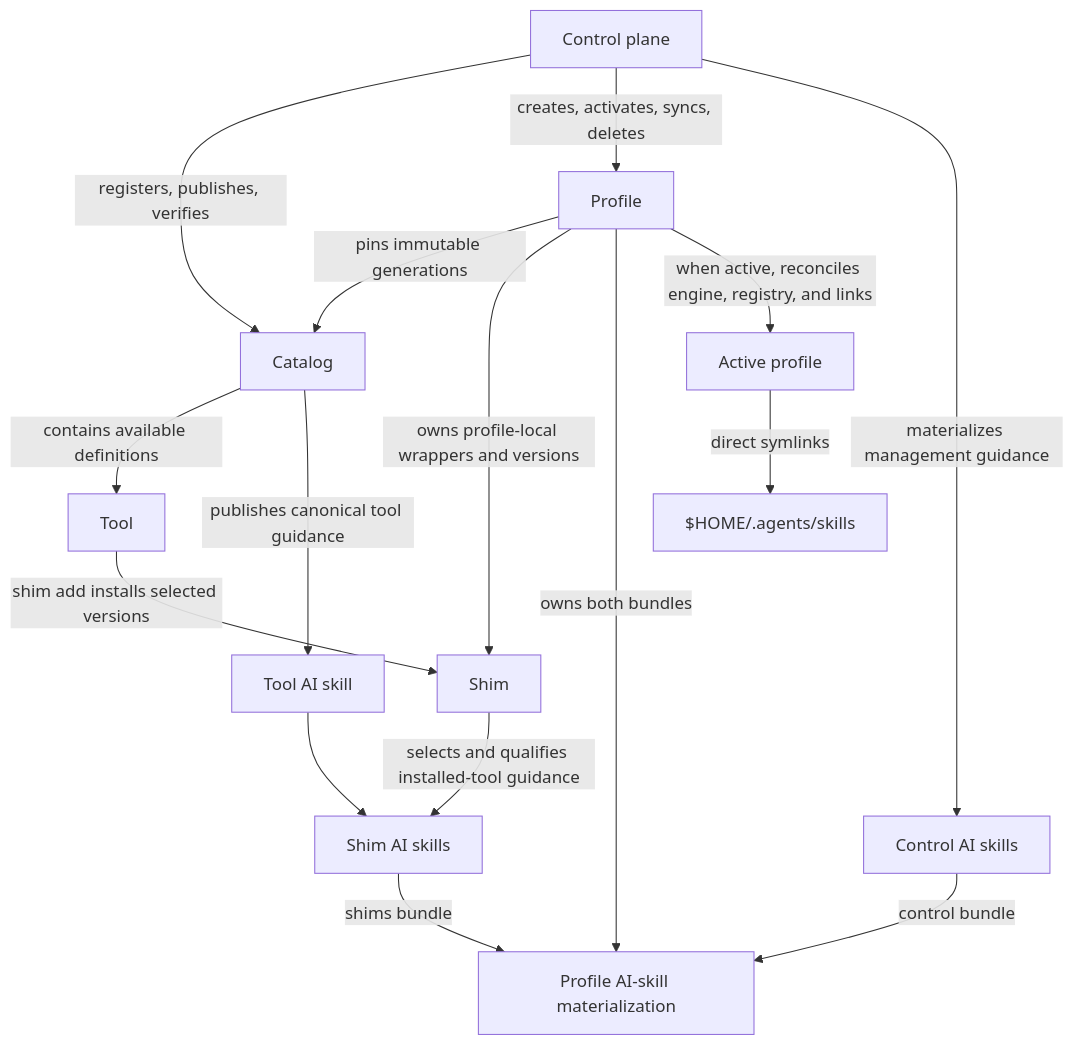
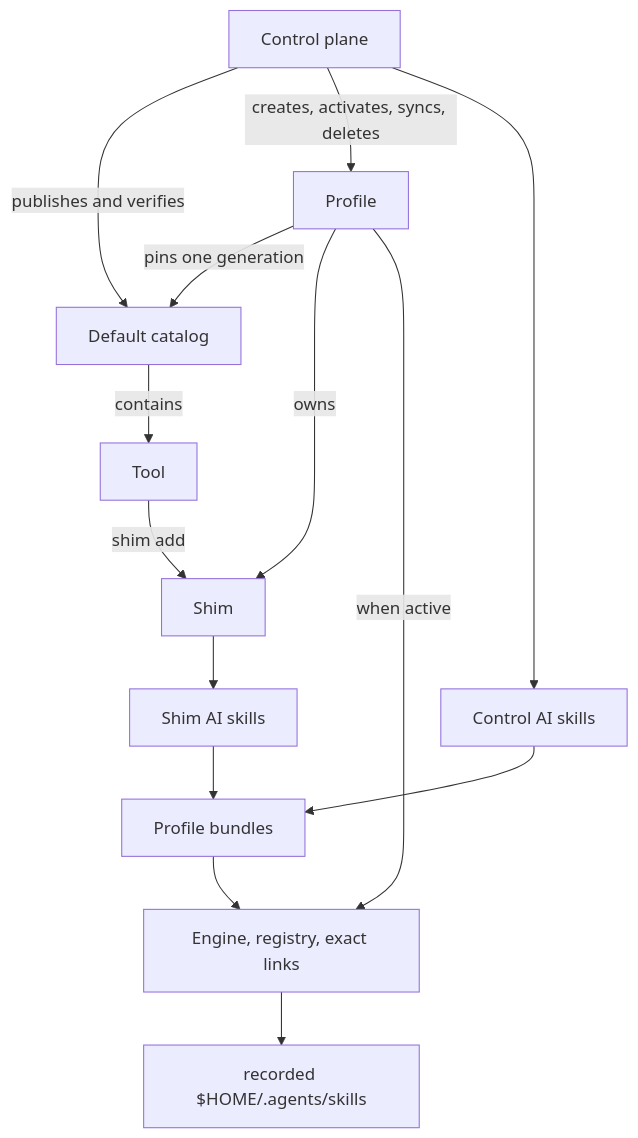
One commit to wadebee/shimmy changed the diagram in plans/redesign-control-surface.md. Above: the diagram before and after it, drawn with Mermaid. The commit also changed other lines of this file, not shown here.

Commit message:
docs(plans): revise redesign control surface documentation

````diff
--- a/plans/redesign-control-surface.md
+++ b/plans/redesign-control-surface.md
@@ -56,20 +71,16 @@
 ```mermaid
 flowchart TD
-  CP[Control plane] -->|registers, publishes, verifies| C[Catalog]
+  CP[Control plane] -->|publishes and verifies| C[Default catalog]
   CP -->|creates, activates, syncs, deletes| P[Profile]
-  CP -->|materializes management guidance| ACS[Control AI skills]
-
-  C -->|contains available definitions| T[Tool]
-  C -->|publishes canonical tool guidance| ATS[Tool AI skill]
-  P -->|pins immutable generations| C
-  T -->|shim add installs selected versions| S[Shim]
-  P -->|owns profile-local wrappers and versions| S
-  S -->|selects and qualifies installed-tool guidance| SAS[Shim AI skills]
-  ATS --> SAS
-
-  ACS -->|control bundle| B[Profile AI-skill materialization]
-  SAS -->|shims bundle| B
-  P -->|owns both bundles| B
-  P -->|when active, reconciles engine, registry, and links| A[Active profile]
-  A -->|direct symlinks| U["$HOME/.agents/skills"]
+  C -->|contains| T[Tool]
+  P -->|pins one generation| C
+  T -->|shim add| S[Shim]
+  P -->|owns| S
+  CP --> ACS[Control AI skills]
+  S --> SAS[Shim AI skills]
+  ACS --> B[Profile bundles]
+  SAS --> B
+  P -->|when active| A[Engine, registry, exact links]
+  B --> A
+  A --> U["recorded $HOME/.agents/skills"]
 ```
````
